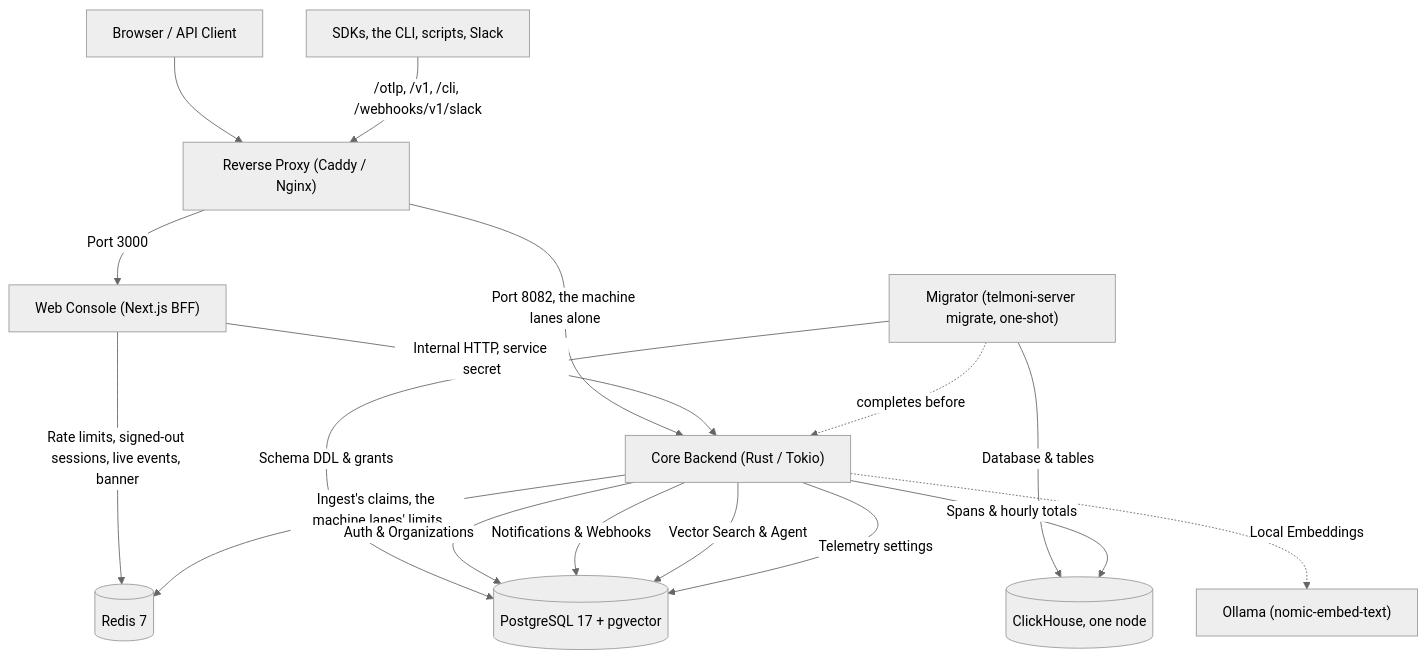
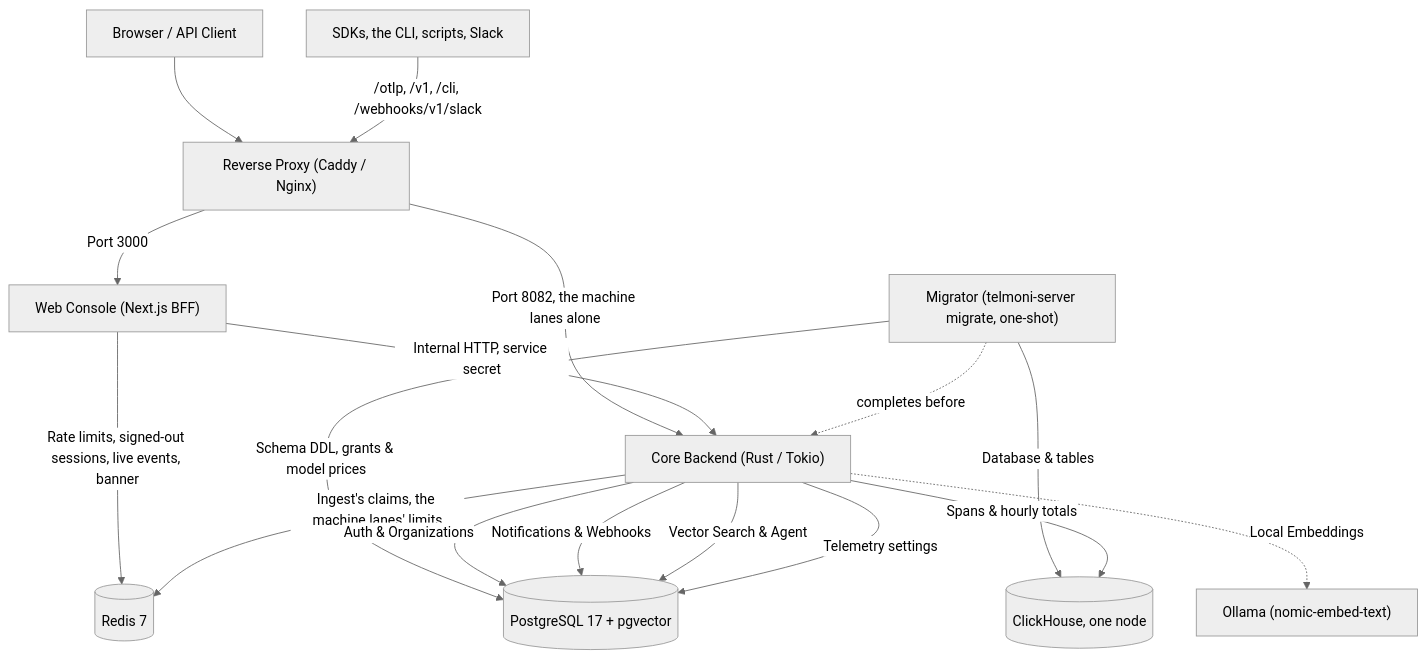
Before and after one commit to telmoni/telmoni: the diagram in web/content/docs/self-host/overview.mdx, drawn with Mermaid (neutral theme). The commit also changed other lines of this file and 19 other files, not shown here.

````diff
--- a/web/content/docs/self-host/overview.mdx
+++ b/web/content/docs/self-host/overview.mdx
@@ -12,22 +12,22 @@
 ```mermaid
 flowchart TD
     Client["Browser / API Client"] --> ReverseProxy["Reverse Proxy (Caddy / Nginx)"]
     Machines["SDKs, the CLI, scripts, Slack"] -->|"/otlp, /v1, /cli, /webhooks/v1/slack"| ReverseProxy
     ReverseProxy -->|Port 3000| Web["Web Console (Next.js BFF)"]
     ReverseProxy -->|"Port 8082, the machine lanes alone"| Server["Core Backend (Rust / Tokio)"]
 
     Web -->|Internal HTTP, service secret| Server
     Web -->|Rate limits, signed-out sessions, live events, banner| Redis[("Redis 7")]
     Server -->|Ingest's claims, the machine lanes' limits| Redis
 
-    Migrator["Migrator (telmoni-server migrate, one-shot)"] -->|Schema DDL & grants| Postgres[("PostgreSQL 17 + pgvector")]
+    Migrator["Migrator (telmoni-server migrate, one-shot)"] -->|Schema DDL, grants & model prices| Postgres[("PostgreSQL 17 + pgvector")]
     Migrator -->|Database & tables| ClickHouse[("ClickHouse, one node")]
     Migrator -.->|completes before| Server
     Server -->|Auth & Organizations| Postgres
     Server -->|Notifications & Webhooks| Postgres
     Server -->|Vector Search & Agent| Postgres
     Server -->|Telemetry settings| Postgres
     Server -->|Spans & hourly totals| ClickHouse
 
     Server -.->|Local Embeddings| Ollama["Ollama (nomic-embed-text)"]
 ```
````
